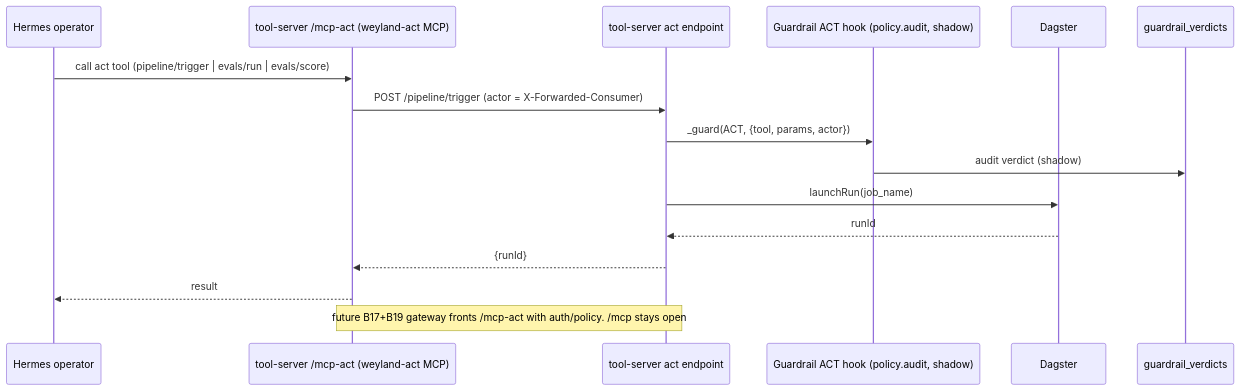
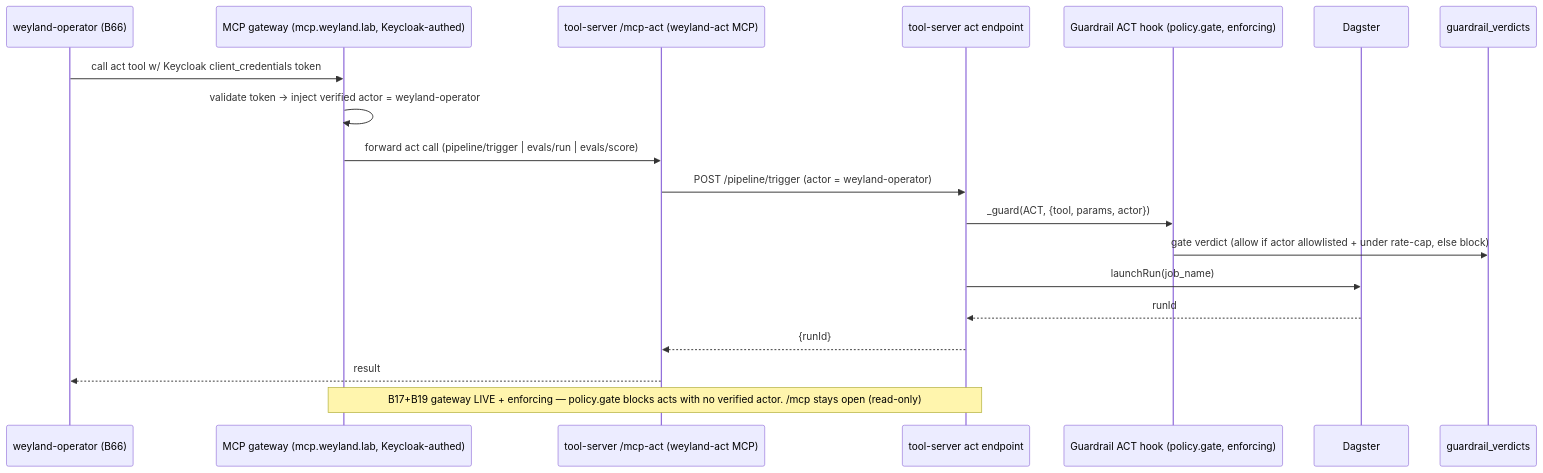
One commit to edtbl76/weyland-lab changed the diagram in docs/diagrams/flow-act-tool.md. Above: the diagram before and after it, drawn with Mermaid. The commit also changed other lines of this file and 14 other files, not shown here.

Commit message:
Route all LiteLLM hosted lanes through Bifrost for consistent provider egress, add per-VK attribution, and update diagrams and docs for new architecture.

````diff
--- a/docs/diagrams/flow-act-tool.md
+++ b/docs/diagrams/flow-act-tool.md
@@ -9,18 +10,21 @@
 ```mermaid
 sequenceDiagram
-    participant Op as Hermes operator
+    participant Op as weyland-operator (B66)
+    participant GW as MCP gateway (mcp.weyland.lab, Keycloak-authed)
     participant MA as tool-server /mcp-act (weyland-act MCP)
     participant TS as tool-server act endpoint
-    participant G as Guardrail ACT hook (policy.audit, shadow)
+    participant G as Guardrail ACT hook (policy.gate, enforcing)
     participant Dag as Dagster
     participant PG as guardrail_verdicts
-    Op->>MA: call act tool (pipeline/trigger | evals/run | evals/score)
-    MA->>TS: POST /pipeline/trigger (actor = X-Forwarded-Consumer)
+    Op->>GW: call act tool w/ Keycloak client_credentials token
+    GW->>GW: validate token → inject verified actor = weyland-operator
+    GW->>MA: forward act call (pipeline/trigger | evals/run | evals/score)
+    MA->>TS: POST /pipeline/trigger (actor = weyland-operator)
     TS->>G: _guard(ACT, {tool, params, actor})
-    G->>PG: audit verdict (shadow)
+    G->>PG: gate verdict (allow if actor allowlisted + under rate-cap, else block)
     TS->>Dag: launchRun(job_name)
     Dag-->>TS: runId
     TS-->>MA: {runId}
     MA-->>Op: result
-    Note over MA,TS: future B17+B19 gateway fronts /mcp-act with auth/policy. /mcp stays open
+    Note over GW,TS: B17+B19 gateway LIVE + enforcing — policy.gate blocks acts with no verified actor. /mcp stays open (read-only)
 ```
````
